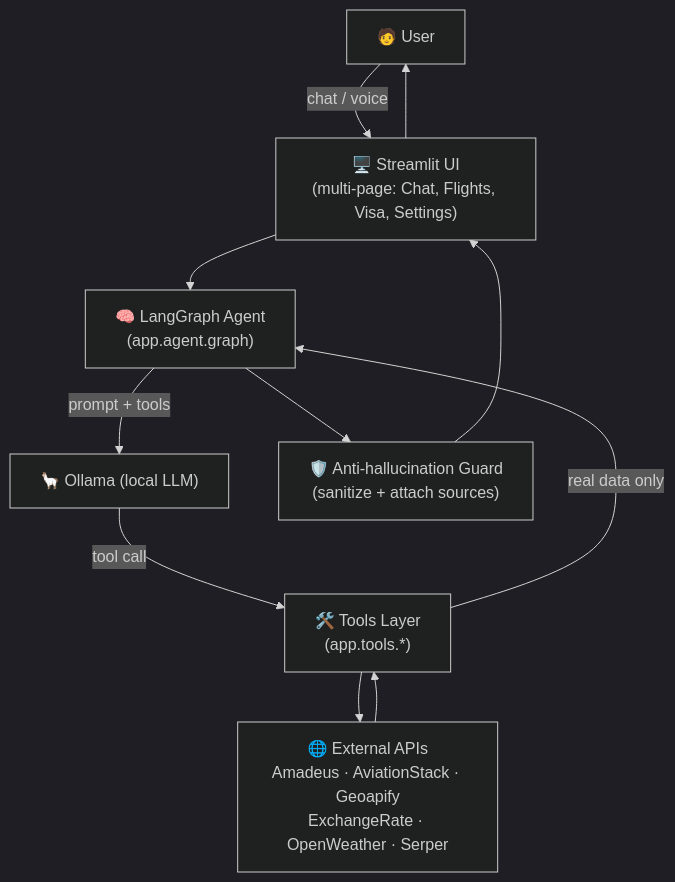
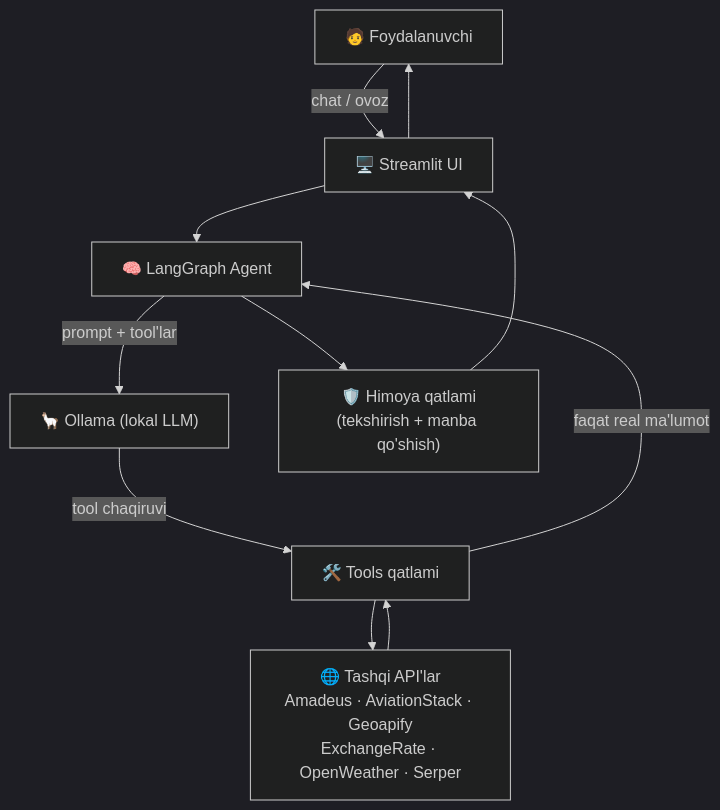
One commit to hamydullodev/project changed the diagram in avia_ai/README.md. Above: the diagram before and after it, drawn with Mermaid (dark theme). The commit also changed other lines of this file and 4 other files, not shown here.

````diff
--- a/avia_ai/README.md
+++ b/avia_ai/README.md
@@ -91,13 +54,13 @@
 ```mermaid
 flowchart TD
-    U["🧑 User"] -->|chat / voice| UI["🖥️ Streamlit UI<br/>(multi-page: Chat, Flights, Visa, Settings)"]
-    UI --> GRAPH["🧠 LangGraph Agent<br/>(app.agent.graph)"]
-    GRAPH -->|prompt + tools| LLM["🦙 Ollama (local LLM)"]
-    LLM -->|tool call| TOOLS["🛠️ Tools Layer<br/>(app.tools.*)"]
-    TOOLS --> APIS["🌐 External APIs<br/>Amadeus · AviationStack · Geoapify<br/>ExchangeRate · OpenWeather · Serper"]
+    U["🧑 Foydalanuvchi"] -->|chat / ovoz| UI["🖥️ Streamlit UI"]
+    UI --> GRAPH["🧠 LangGraph Agent"]
+    GRAPH -->|prompt + tool'lar| LLM["🦙 Ollama (lokal LLM)"]
+    LLM -->|tool chaqiruvi| TOOLS["🛠️ Tools qatlami"]
+    TOOLS --> APIS["🌐 Tashqi API'lar<br/>Amadeus · AviationStack · Geoapify<br/>ExchangeRate · OpenWeather · Serper"]
     APIS --> TOOLS
-    TOOLS -->|real data only| GRAPH
-    GRAPH --> GUARD["🛡️ Anti-hallucination Guard<br/>(sanitize + attach sources)"]
+    TOOLS -->|faqat real ma'lumot| GRAPH
+    GRAPH --> GUARD["🛡️ Himoya qatlami<br/>(tekshirish + manba qo'shish)"]
     GUARD --> UI
     UI --> U
 ```
````
